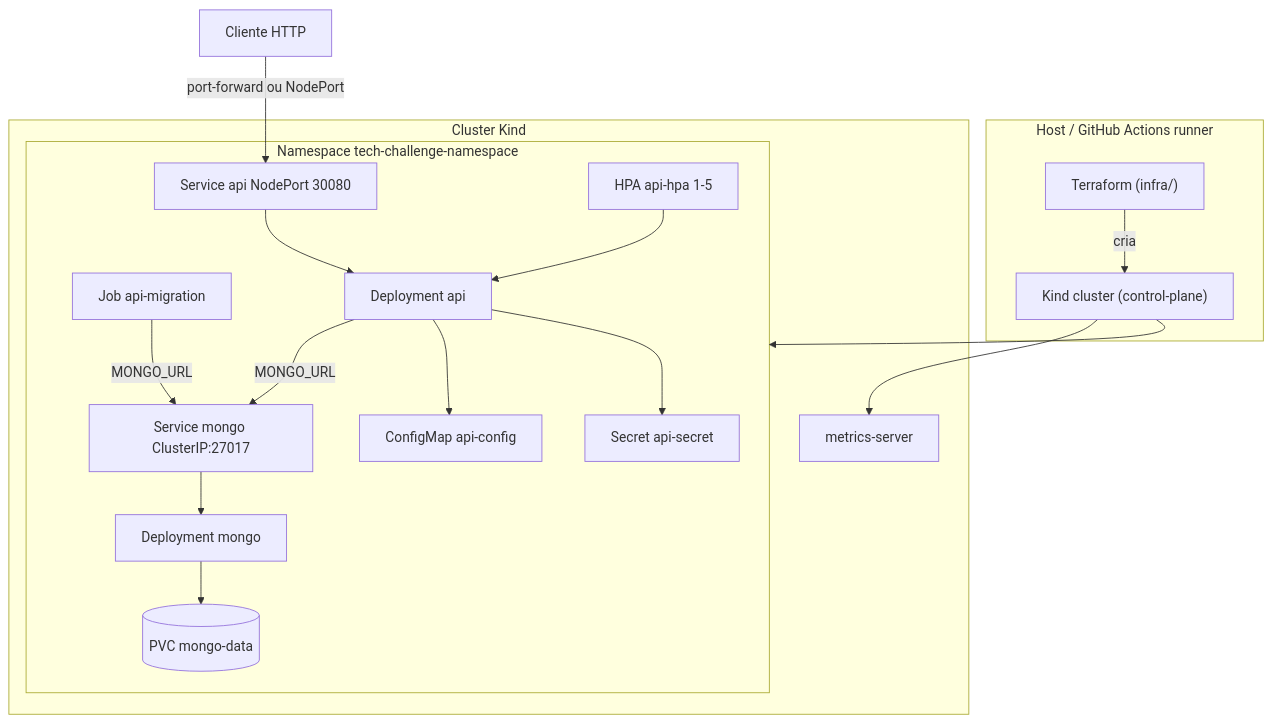
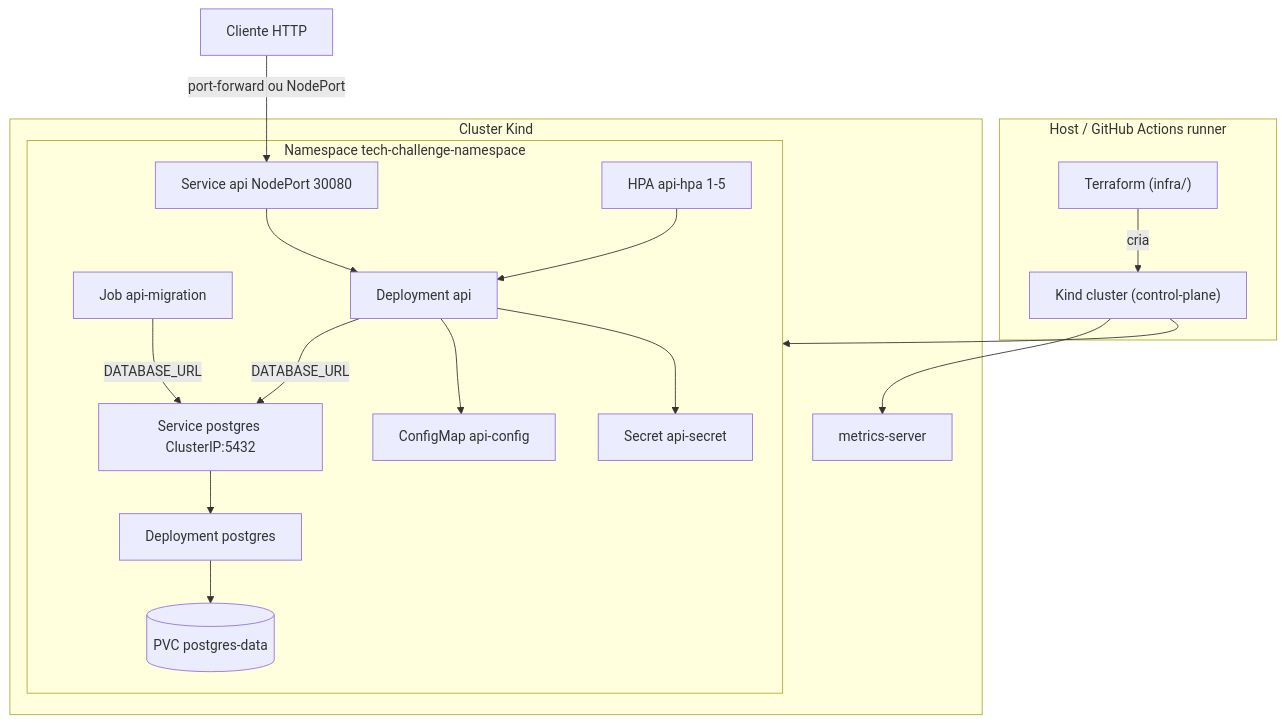
One commit to tech-challenge-pos-fiap-debora/app changed the diagram in docs/diagrams/infra-kind-k8s.md. Above: the diagram before and after it, drawn with Mermaid. The commit also changed other lines of this file and 106 other files, not shown here.

````diff
--- a/docs/diagrams/infra-kind-k8s.md
+++ b/docs/diagrams/infra-kind-k8s.md
@@ -14,42 +16,42 @@
 ```mermaid
 flowchart TB
     Client["Cliente HTTP"]
 
     subgraph Host["Host / GitHub Actions runner"]
         TF["Terraform (infra/)"]
         Kind["Kind cluster (control-plane)"]
         TF -->|cria| Kind
     end
 
     subgraph Cluster["Cluster Kind"]
         MS["metrics-server"]
 
         subgraph NS["Namespace tech-challenge-namespace"]
             CM["ConfigMap api-config"]
             Secret["Secret api-secret"]
 
-            MongoPVC[("PVC mongo-data")]
-            MongoDep["Deployment mongo"]
-            MongoSvc["Service mongo ClusterIP:27017"]
+            PgPVC[("PVC postgres-data")]
+            PgDep["Deployment postgres"]
+            PgSvc["Service postgres ClusterIP:5432"]
 
             MigJob["Job api-migration"]
             ApiDep["Deployment api"]
             ApiSvc["Service api NodePort 30080"]
             HPA["HPA api-hpa 1-5"]
 
-            MongoDep --> MongoPVC
-            MongoSvc --> MongoDep
-            MigJob -->|MONGO_URL| MongoSvc
-            ApiDep -->|MONGO_URL| MongoSvc
+            PgDep --> PgPVC
+            PgSvc --> PgDep
+            MigJob -->|DATABASE_URL| PgSvc
+            ApiDep -->|DATABASE_URL| PgSvc
             ApiDep --> CM
             ApiDep --> Secret
             HPA --> ApiDep
             ApiSvc --> ApiDep
         end
 
         Kind --> MS
         Kind --> NS
     end
 
     Client -->|port-forward ou NodePort| ApiSvc
 ```
````
